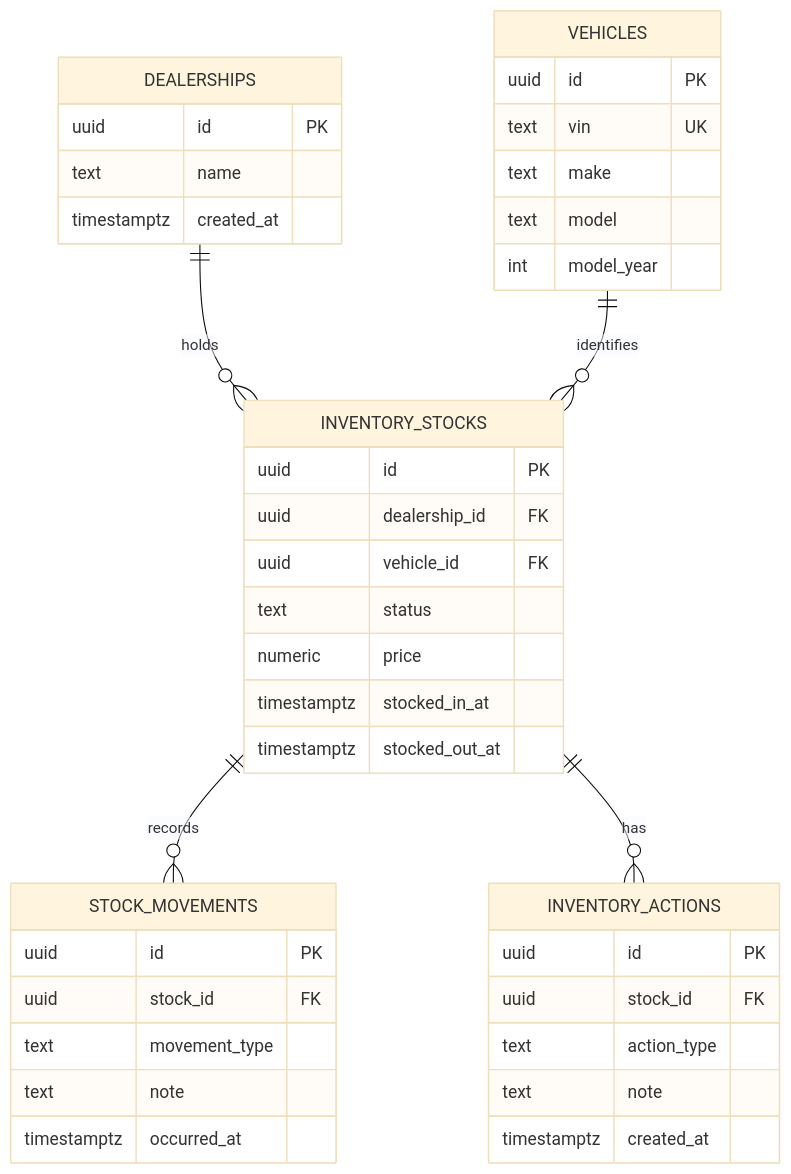
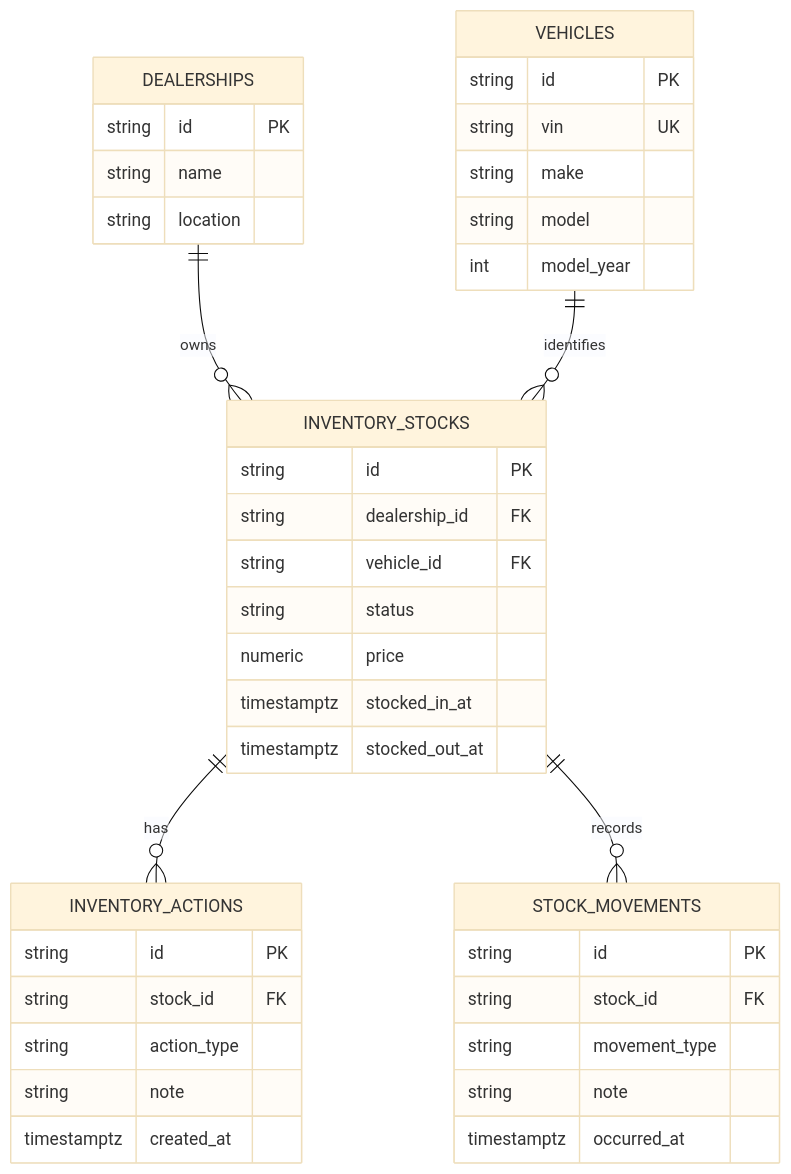
Before and after one commit to hiamthach108/keyloop-challenge: the second of 2 diagrams in ARCHITECTURE.md, drawn with Mermaid (base theme). The commit also changed other lines of this file and 1 other file, not shown here.

Commit message:
docs update architecture and demo script

````diff
--- a/ARCHITECTURE.md
+++ b/ARCHITECTURE.md
@@ -69,43 +72,43 @@
 ```mermaid
 erDiagram
-    DEALERSHIPS ||--o{ INVENTORY_STOCKS : holds
+    DEALERSHIPS ||--o{ INVENTORY_STOCKS : owns
     VEHICLES ||--o{ INVENTORY_STOCKS : identifies
+    INVENTORY_STOCKS ||--o{ INVENTORY_ACTIONS : has
     INVENTORY_STOCKS ||--o{ STOCK_MOVEMENTS : records
-    INVENTORY_STOCKS ||--o{ INVENTORY_ACTIONS : has
 
     DEALERSHIPS {
-      uuid id PK
-      text name
-      timestamptz created_at
+      string id PK
+      string name
+      string location
     }
     VEHICLES {
-      uuid id PK
-      text vin UK
-      text make
-      text model
+      string id PK
+      string vin UK
+      string make
+      string model
       int model_year
     }
     INVENTORY_STOCKS {
-      uuid id PK
-      uuid dealership_id FK
-      uuid vehicle_id FK
-      text status
+      string id PK
+      string dealership_id FK
+      string vehicle_id FK
+      string status
       numeric price
       timestamptz stocked_in_at
       timestamptz stocked_out_at
     }
+    INVENTORY_ACTIONS {
+      string id PK
+      string stock_id FK
+      string action_type
+      string note
+      timestamptz created_at
+    }
     STOCK_MOVEMENTS {
-      uuid id PK
-      uuid stock_id FK
-      text movement_type
-      text note
+      string id PK
+      string stock_id FK
+      string movement_type
+      string note
       timestamptz occurred_at
     }
-    INVENTORY_ACTIONS {
-      uuid id PK
-      uuid stock_id FK
-      text action_type
-      text note
-      timestamptz created_at
-    }
 ```
````
